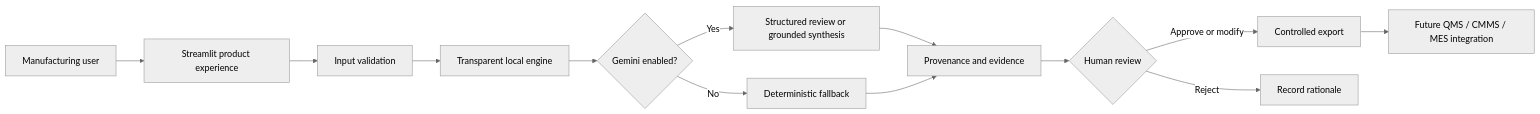
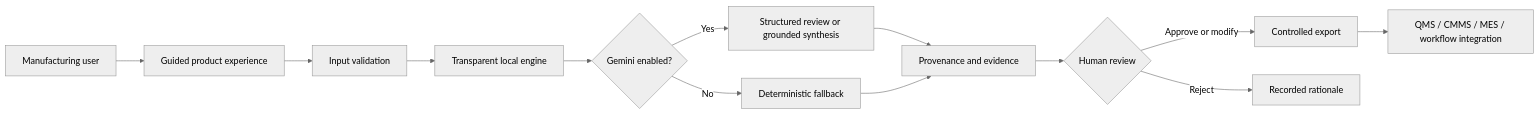
One commit to vikasvindushri/manufacturing-ai-portfolio changed the diagram in README.md. Above: the diagram before and after it, drawn with Mermaid (neutral theme). The commit also changed other lines of this file and 5 other files, not shown here.

````diff
--- a/README.md
+++ b/README.md
@@ -46,15 +76,15 @@
 ```mermaid
 flowchart LR
-  U[Manufacturing user] --> UX[Streamlit product experience]
+  U[Manufacturing user] --> UX[Guided product experience]
   UX --> V[Input validation]
   V --> L[Transparent local engine]
   L --> G{Gemini enabled?}
   G -->|Yes| AI[Structured review or grounded synthesis]
   G -->|No| F[Deterministic fallback]
   AI --> P[Provenance and evidence]
   F --> P
   P --> H{Human review}
   H -->|Approve or modify| E[Controlled export]
-  H -->|Reject| R[Record rationale]
-  E --> I[Future QMS / CMMS / MES integration]
+  H -->|Reject| R[Recorded rationale]
+  E --> I[QMS / CMMS / MES / workflow integration]
 ```
````
